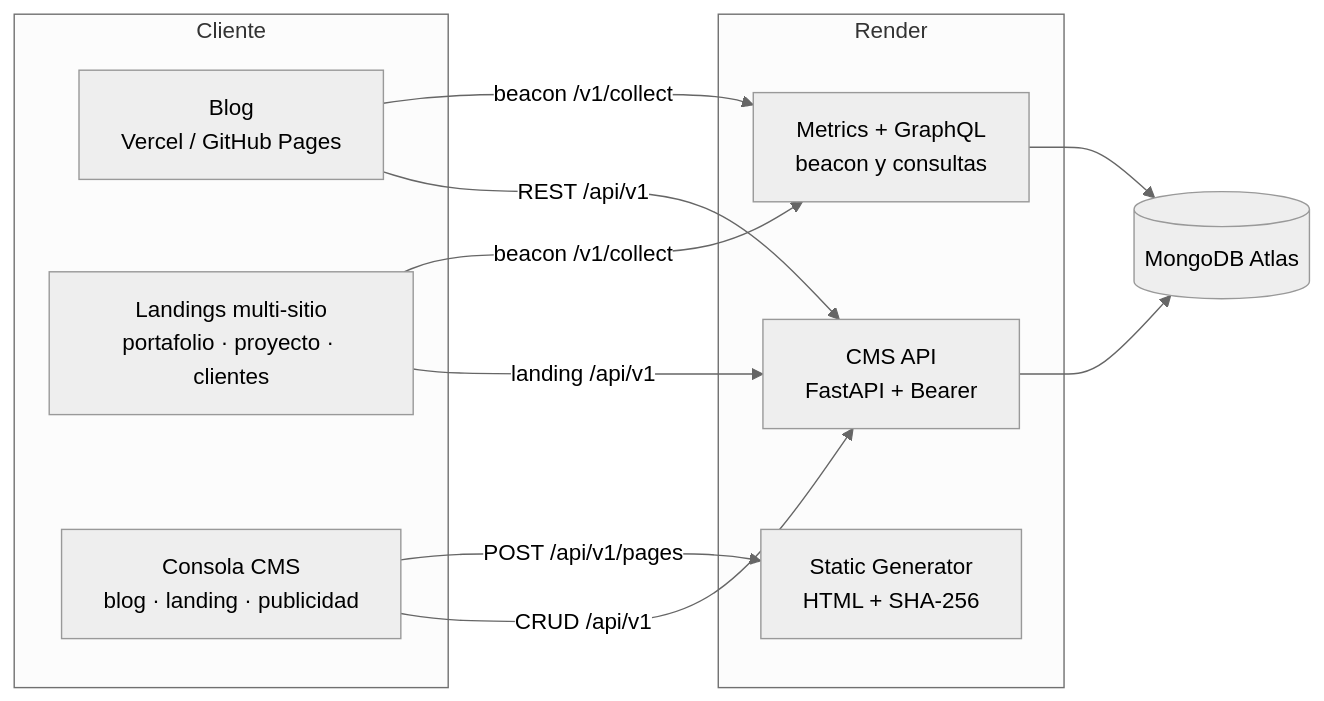
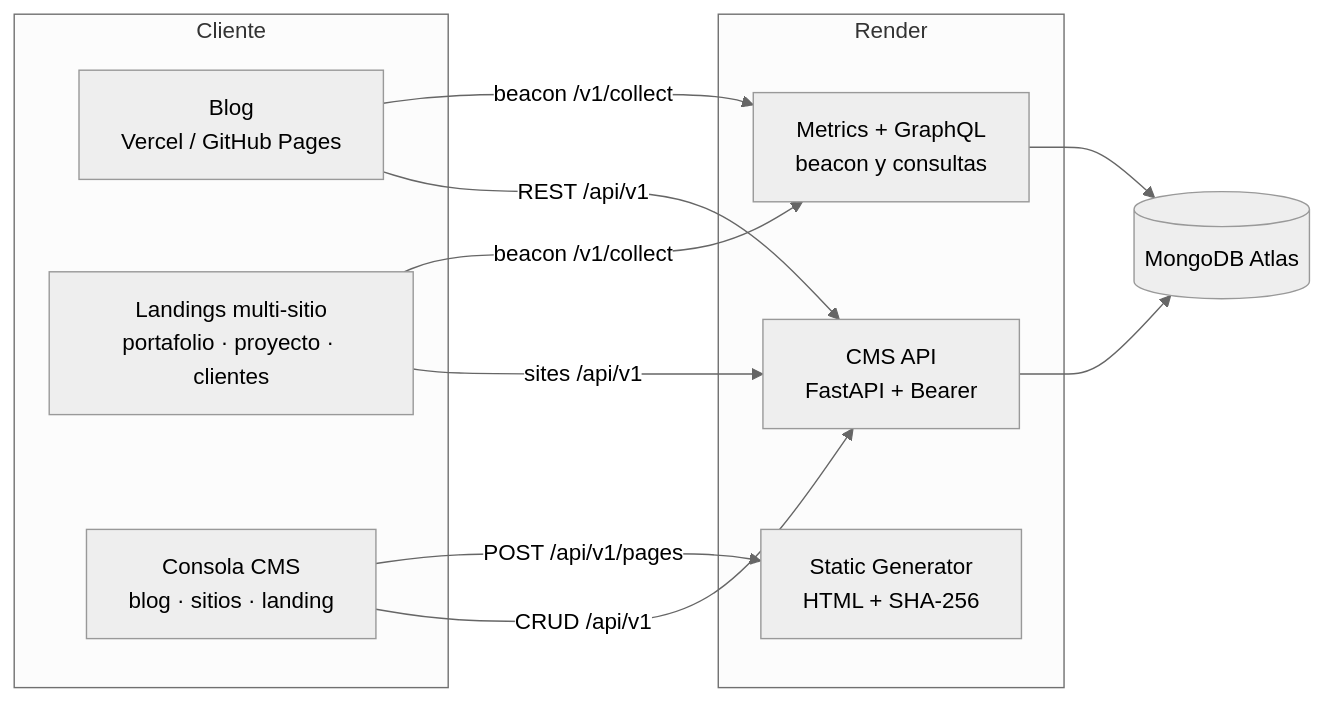
The diagram in README.md (Leonardo251207/mi-blog-dev), drawn with Mermaid (neutral theme) before and after one commit. The commit also changed other lines of this file and 19 other files, not shown here.

````diff
--- a/README.md
+++ b/README.md
@@ -76,25 +56,25 @@
 ```mermaid
 flowchart LR
   subgraph Cliente
     B["Blog<br/>Vercel / GitHub Pages"]
     L["Landings multi-sitio<br/>portafolio · proyecto · clientes"]
-    A["Consola CMS<br/>blog · landing · publicidad"]
+    A["Consola CMS<br/>blog · sitios · landing"]
   end
 
   subgraph Render
     C["CMS API<br/>FastAPI + Bearer"]
     M["Metrics + GraphQL<br/>beacon y consultas"]
     G["Static Generator<br/>HTML + SHA-256"]
   end
 
   D[("MongoDB Atlas")]
 
   B -->|REST /api/v1| C
   B -->|beacon /v1/collect| M
-  L -->|landing /api/v1| C
+  L -->|sites /api/v1| C
   L -->|beacon /v1/collect| M
   A -->|CRUD /api/v1| C
   A -->|POST /api/v1/pages| G
   C --> D
   M --> D
 ```
````
